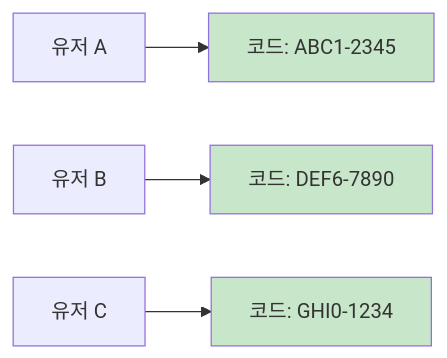
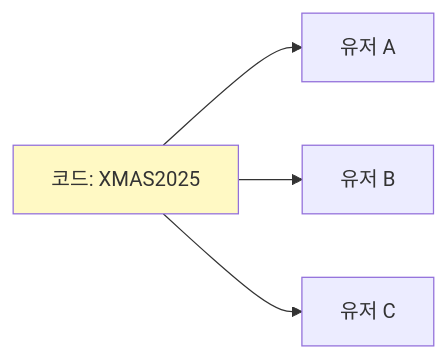
Before and after one commit to maxidea1024/gatrix: the second of 5 diagrams in manual/ko/09-coupons.md, drawn with Mermaid. The commit also changed other lines of this file and 30 other files, not shown here.

````diff
--- a/manual/ko/09-coupons.md
+++ b/manual/ko/09-coupons.md
@@ -91,10 +103,8 @@
 ```mermaid
 flowchart LR
-    A[유저 A] --> B[코드: ABC1-2345]
-    C[유저 B] --> D[코드: DEF6-7890]
-    E[유저 C] --> F[코드: GHI0-1234]
+    A[코드: XMAS2025] --> B[유저 A]
+    A --> C[유저 B]
+    A --> D[유저 C]
     
-    style B fill:#c8e6c9
-    style D fill:#c8e6c9
-    style F fill:#c8e6c9
+    style A fill:#fff9c4
 ```
````
